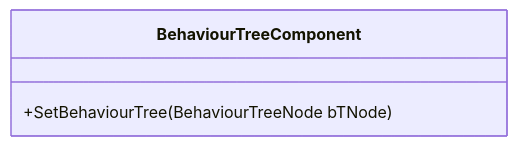
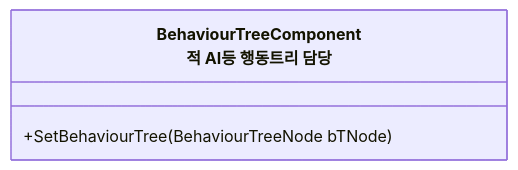
Before and after one commit to JIN5EOK/DungeonShooter: the fourth of 6 diagrams in Assets/_README/Entity_설계.md, drawn with Mermaid. The commit also changed other lines of this file, not shown here.

````diff
--- a/Assets/_README/Entity_설계.md
+++ b/Assets/_README/Entity_설계.md
@@ -52,6 +56,6 @@
 ```mermaid
 classDiagram
-    class BehaviourTreeComponent{
+    class BehaviourTreeComponent["BehaviourTreeComponent<br>적 AI등 행동트리 담당"]{
         +SetBehaviourTree(BehaviourTreeNode bTNode) 
     }
 ```
````
